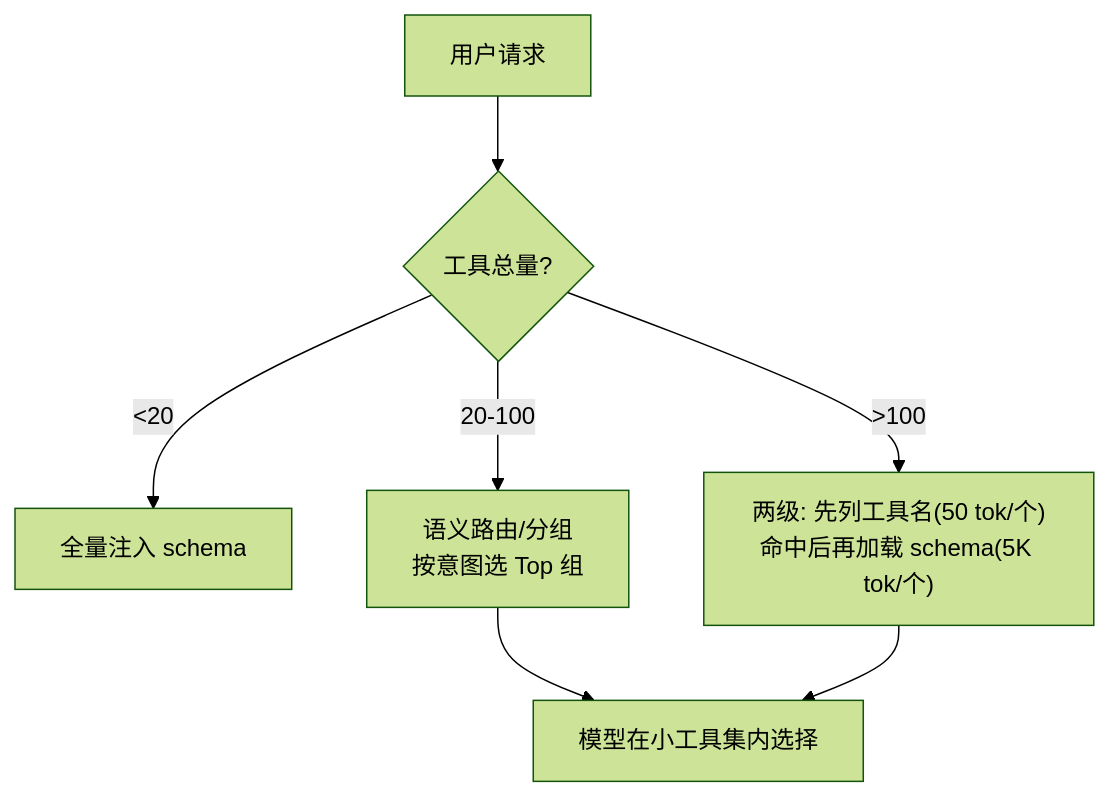
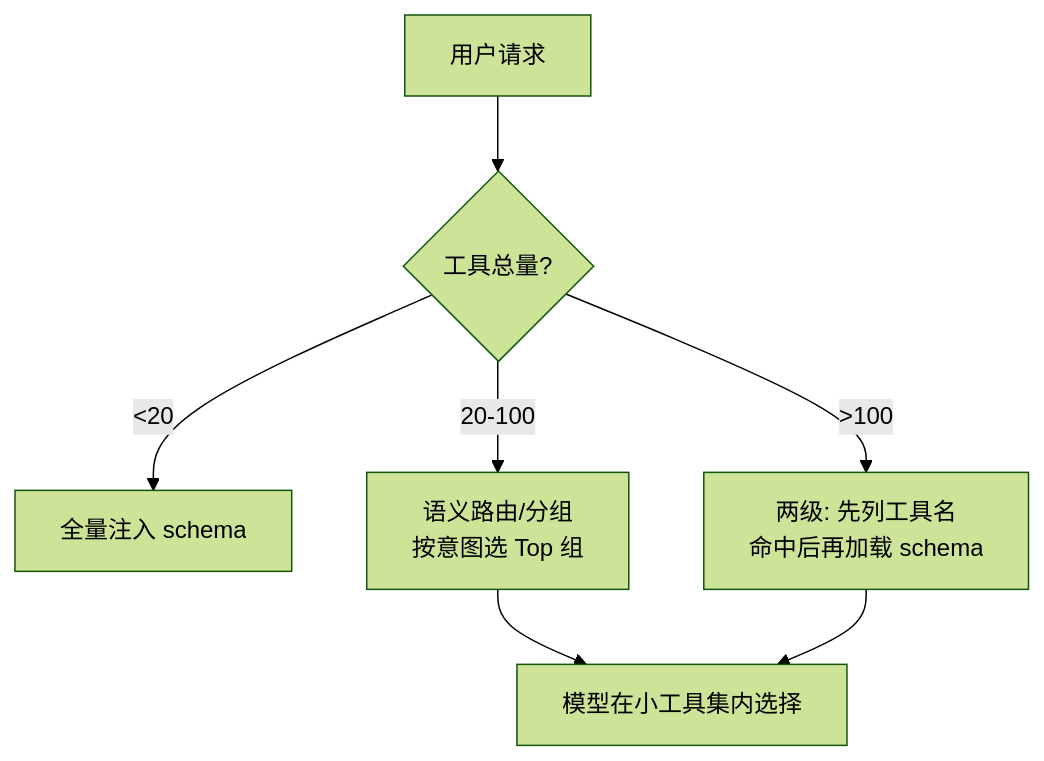
The diagram in docs/07-planning/tool-selection-routing.md (funny8kids/ai-agent-handbook), drawn with Mermaid (forest theme) before and after one commit. The commit also changed other lines of this file and 4 other files, not shown here.

````diff
--- a/docs/07-planning/tool-selection-routing.md
+++ b/docs/07-planning/tool-selection-routing.md
@@ -23,9 +74,9 @@
 ```mermaid
 flowchart TD
   A[用户请求] --> B{工具总量?}
   B -- "<20" --> C[全量注入 schema]
   B -- "20-100" --> D[语义路由/分组<br/>按意图选 Top 组]
-  B -- ">100" --> E["两级: 先列工具名(50 tok/个)<br/>命中后再加载 schema(5K tok/个)"]
+  B -- ">100" --> E["两级: 先列工具名<br/>命中后再加载 schema"]
   D --> F[模型在小工具集内选择]
   E --> F
 ```
````
